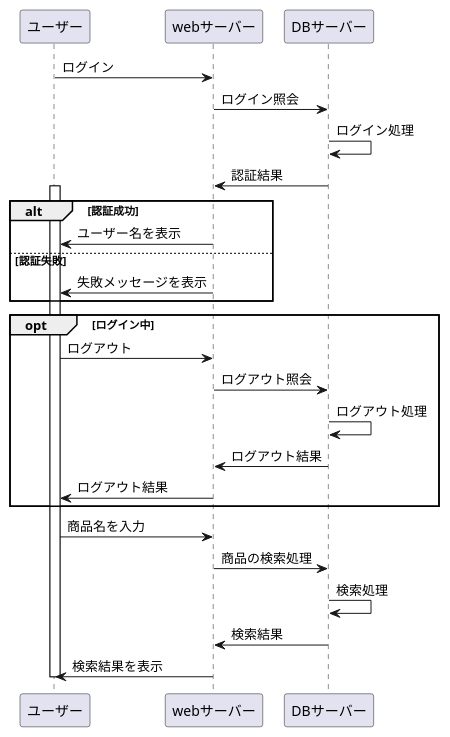
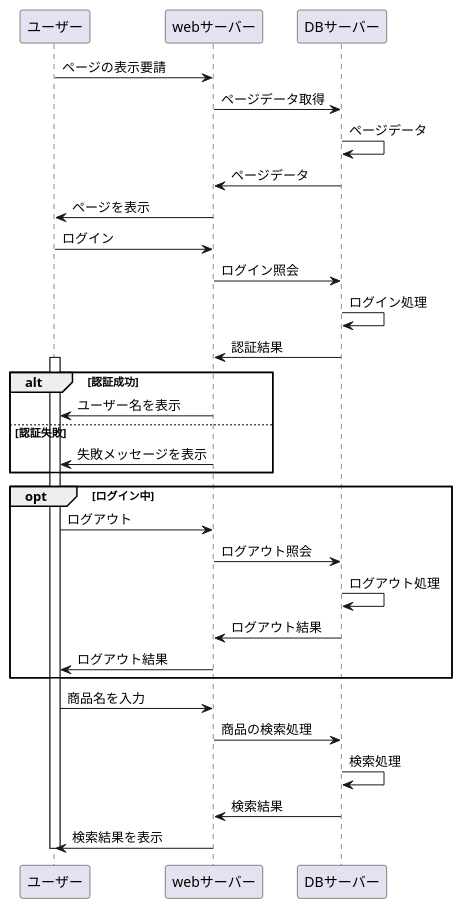
Before and after one commit to Aso2001019/2021sys-design: the diagram in kadai8.md, drawn with PlantUML.

````diff
--- a/kadai8.md
+++ b/kadai8.md
@@ -1,36 +1,42 @@
 ```uml
 @startuml
+ユーザー -> webサーバー : ページの表示要請
+webサーバー -> DBサーバー : ページデータ取得
+DBサーバー -> DBサーバー : ページデータ
+DBサーバー -> webサーバー : ページデータ
+webサーバー -> ユーザー : ページを表示
+
 ユーザー -> webサーバー : ログイン
 webサーバー -> DBサーバー : ログイン照会
 DBサーバー -> DBサーバー : ログイン処理
 DBサーバー -> webサーバー : 認証結果
 
 activate ユーザー
 
 alt 認証成功
 webサーバー -> ユーザー : ユーザー名を表示
 
 else 認証失敗
 webサーバー -> ユーザー : 失敗メッセージを表示
 
 end
 
 opt ログイン中
 
 ユーザー -> webサーバー : ログアウト
 webサーバー -> DBサーバー : ログアウト照会
 DBサーバー -> DBサーバー : ログアウト処理
 DBサーバー -> webサーバー : ログアウト結果
 webサーバー -> ユーザー : ログアウト結果
 
 end
 
 ユーザー -> webサーバー : 商品名を入力
 webサーバー -> DBサーバー : 商品の検索処理
 DBサーバー -> DBサーバー : 検索処理
 DBサーバー -> webサーバー : 検索結果
 webサーバー -> ユーザー : 検索結果を表示
 
 deactivate ユーザー
 @enduml
 ```
````
